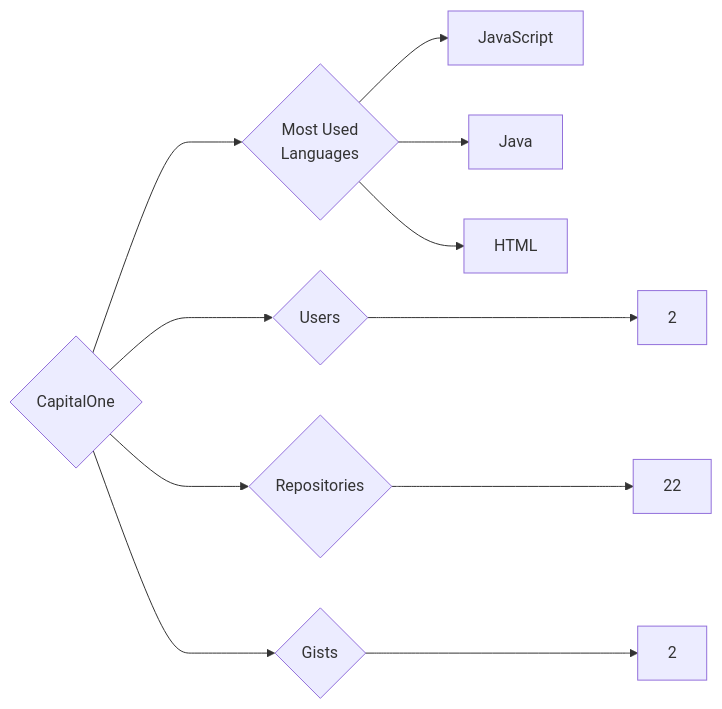
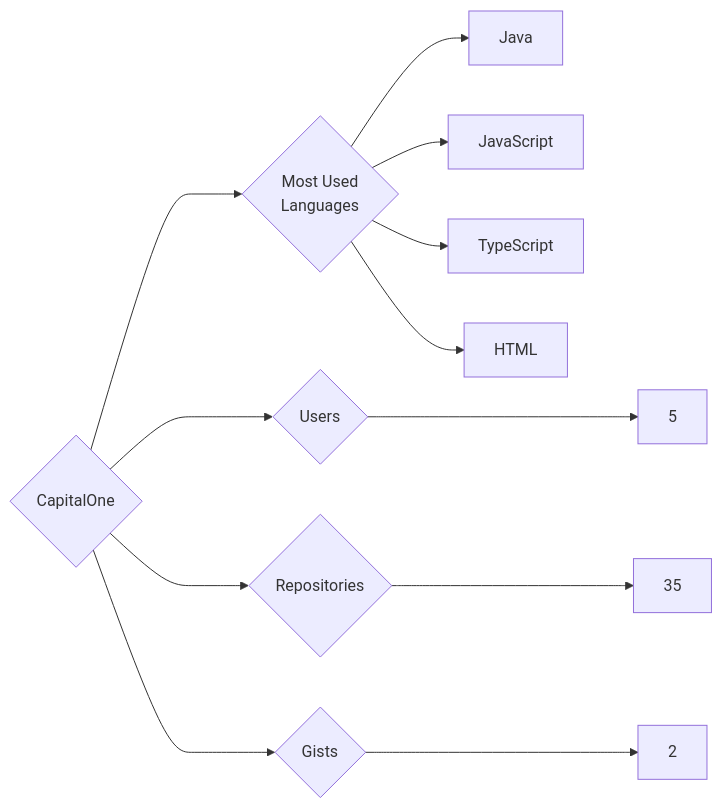
Before and after one commit to trickest/insiders: the diagram in targets/CapitalOne/README.md, drawn with Mermaid. The commit also changed 859 other files, not shown here.

````diff
--- a/targets/CapitalOne/README.md
+++ b/targets/CapitalOne/README.md
@@ -3,11 +3,12 @@
 ```mermaid
 graph LR
 COMPANY_NAME{CapitalOne}
-COMPANY_NAME ---> U{Users} ---> UN[2]
-COMPANY_NAME ---> R{Repositories} ---> RN[22]
+COMPANY_NAME ---> U{Users} ---> UN[5]
+COMPANY_NAME ---> R{Repositories} ---> RN[35]
 COMPANY_NAME ---> G{Gists} ---> GN[2]
 COMPANY_NAME ---> ML{Most Used<br>Languages}
+ML --> Java[Java]
 ML --> JavaScript[JavaScript]
-ML --> Java[Java]
+ML --> TypeScript[TypeScript]
 ML --> HTML[HTML]
 ```
````
